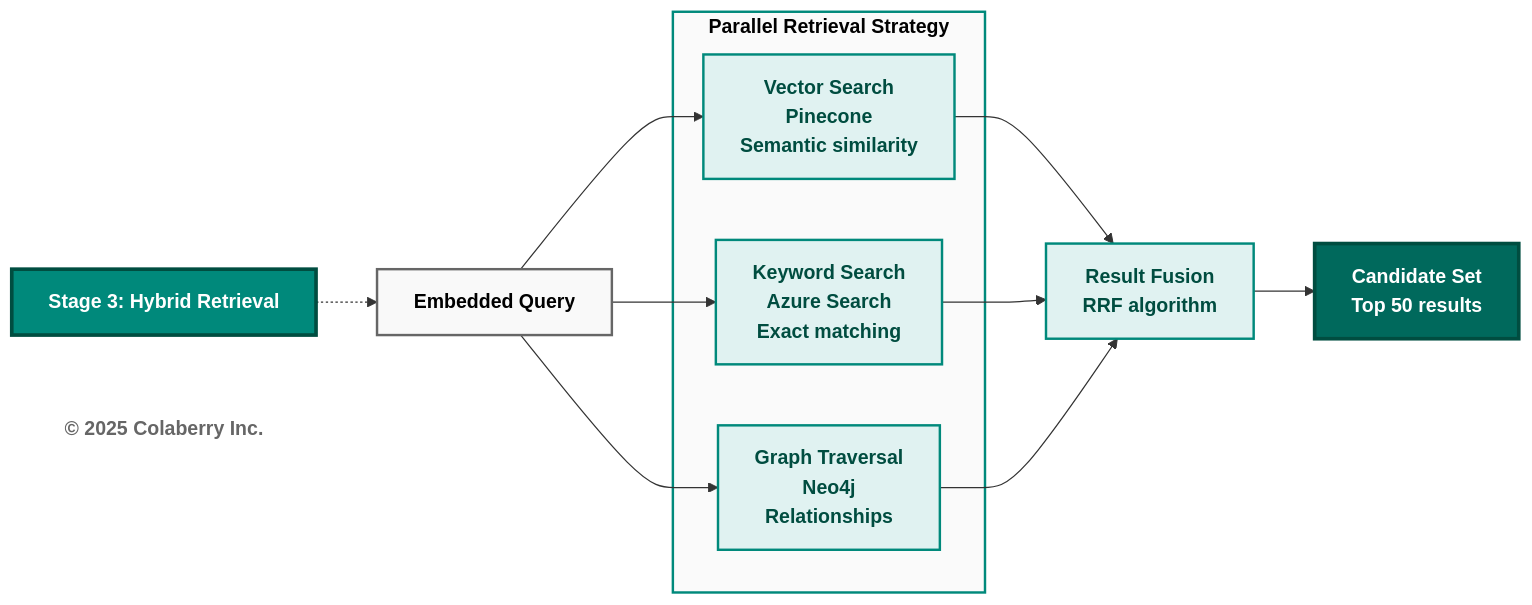
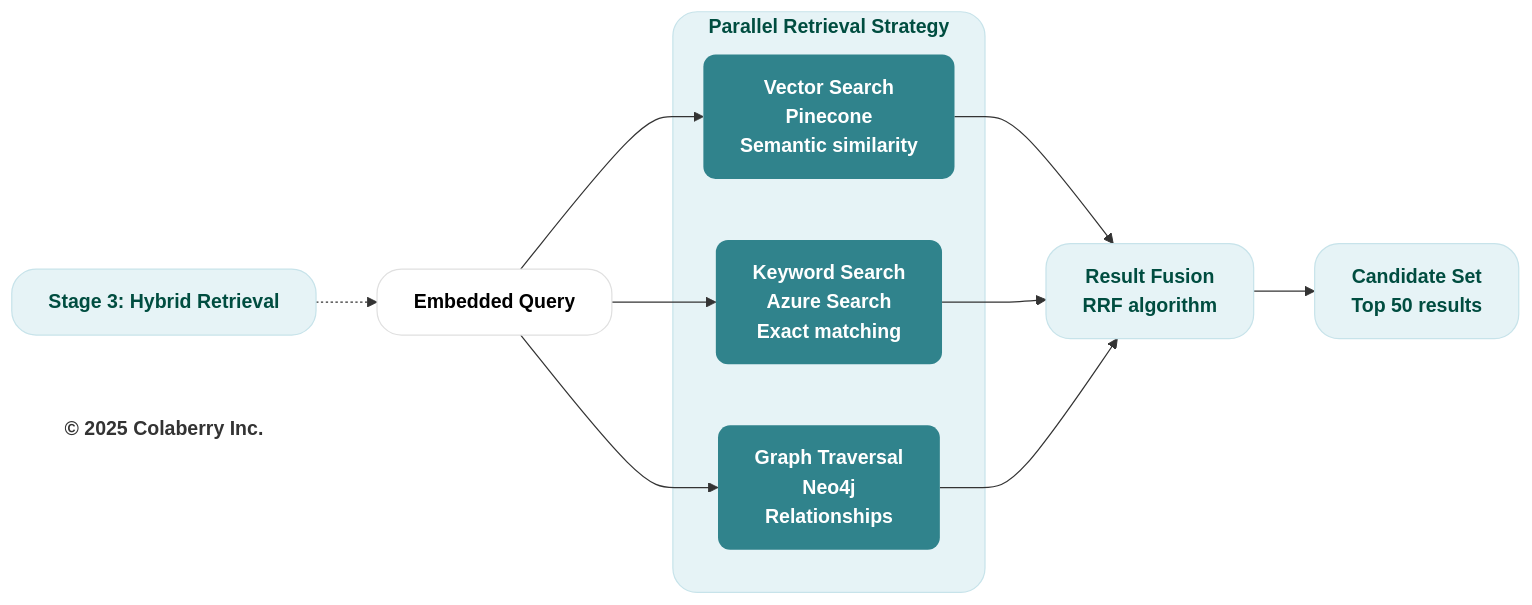
Before and after one commit to saitejesh-cyber/trust-before-intelligence-book: the eighth of 13 diagrams in manuscript/06_chapter_5_intelligence_layers.md, drawn with Mermaid. The commit also changed other lines of this file and 7 other files, not shown here.

Commit message:
Chapter 6to13: Updated mermaid diagrams based on new colaberry color code

````diff
--- a/manuscript/06_chapter_5_intelligence_layers.md
+++ b/manuscript/06_chapter_5_intelligence_layers.md
@@ -635,37 +645,37 @@
 ```mermaid
 graph LR
     TITLE["<b>Stage 3: Hybrid Retrieval</b>"]
     
     Q["<b>Embedded Query</b>"]
     
     subgraph parallel["<b>Parallel Retrieval Strategy</b>"]
         VEC["<b>Vector Search</b><br/><b>Pinecone</b><br/><b>Semantic similarity</b>"]
         KEY["<b>Keyword Search</b><br/><b>Azure Search</b><br/><b>Exact matching</b>"]
         GRAPH["<b>Graph Traversal</b><br/><b>Neo4j</b><br/><b>Relationships</b>"]
     end
     
     MERGE["<b>Result Fusion</b><br/><b>RRF algorithm</b>"]
     
     OUT["<b>Candidate Set</b><br/><b>Top 50 results</b>"]
     
     TITLE -.-> Q
     Q --> VEC
     Q --> KEY
     Q --> GRAPH
     VEC --> MERGE
     KEY --> MERGE
     GRAPH --> MERGE
     MERGE --> OUT
     
     Copyright["<b>© 2025 Colaberry Inc.</b>"]
     
-    style TITLE fill:#00897b,color:#ffffff,stroke:#004d40,stroke-width:3px
-    style Q fill:#f9f9f9,stroke:#666666,stroke-width:2px,color:#000000
-    style parallel fill:#fafafa,stroke:#00897b,stroke-width:2px,color:#000000
-    style VEC fill:#e0f2f1,stroke:#00897b,stroke-width:2px,color:#004d40
-    style KEY fill:#e0f2f1,stroke:#00897b,stroke-width:2px,color:#004d40
-    style GRAPH fill:#e0f2f1,stroke:#00897b,stroke-width:2px,color:#004d40
-    style MERGE fill:#e0f2f1,stroke:#00897b,stroke-width:2px,color:#004d40
-    style OUT fill:#00695c,color:#ffffff,stroke:#004d40,stroke-width:3px
-    style Copyright fill:#ffffff,stroke:none,color:#666666
+    style TITLE fill:#e6f3f6,stroke:#c7e3ea,stroke-width:1px,color:#004d40,rx:20,ry:20
+    style Q fill:#ffffff,stroke:#e0e0e0,stroke-width:1px,color:#000000,rx:20,ry:20
+    style parallel fill:#e6f3f6,stroke:#c7e3ea,stroke-width:1px,color:#004d40,rx:20,ry:20
+    style VEC fill:#30838C,stroke:none,color:#ffffff,rx:10,ry:10
+    style KEY fill:#30838C,stroke:none,color:#ffffff,rx:10,ry:10
+    style GRAPH fill:#30838C,stroke:none,color:#ffffff,rx:10,ry:10
+    style MERGE fill:#e6f3f6,stroke:#c7e3ea,stroke-width:1px,color:#004d40,rx:20,ry:20
+    style OUT fill:#e6f3f6,stroke:#c7e3ea,stroke-width:1px,color:#004d40,rx:20,ry:20
+    style Copyright fill:none,stroke:none,color:#333333
 ```
````
